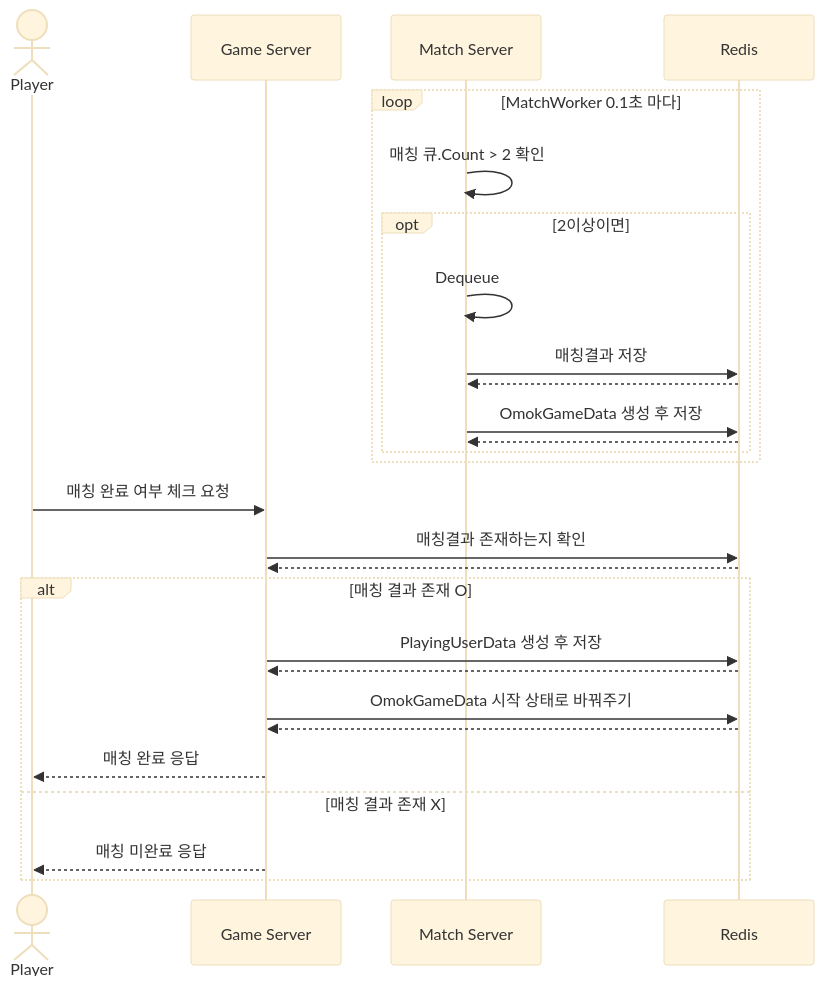
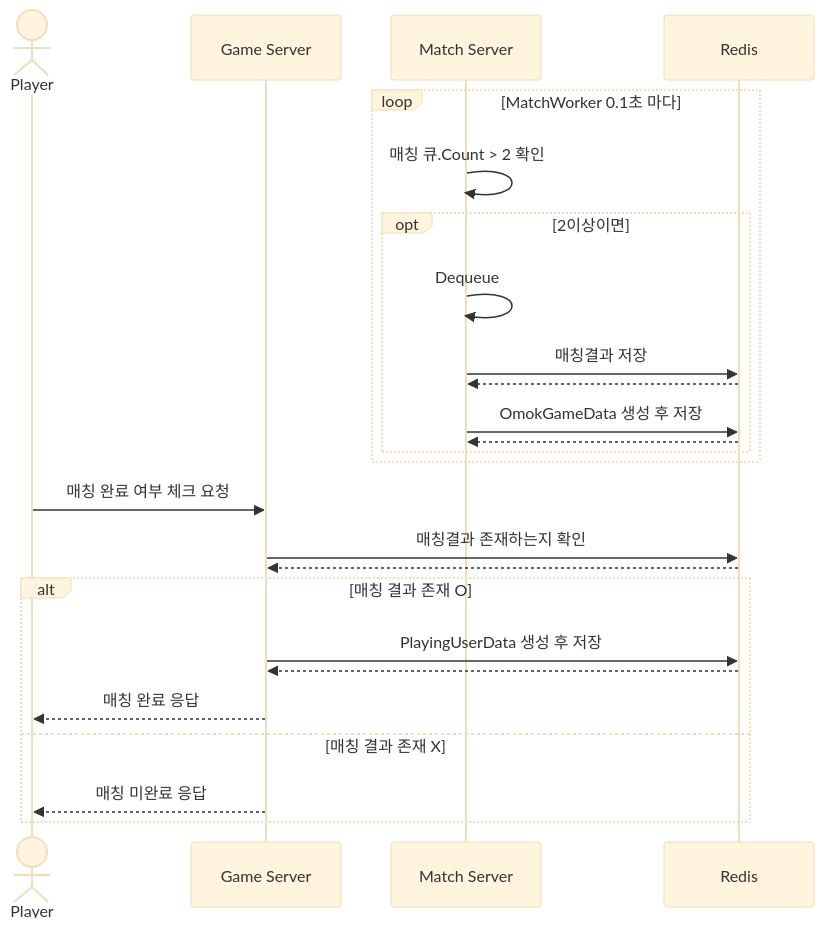
One commit to yujinS0/Omok-Game changed the second of 2 diagrams in SequenceDiagram/Match.md. Above: the diagram before and after it, drawn with Mermaid (base theme).

````diff
--- a/SequenceDiagram/Match.md
+++ b/SequenceDiagram/Match.md
@@ -30,34 +30,32 @@
 ```mermaid
 sequenceDiagram
 	actor P as Player
 	participant G as Game Server
 	participant M as Match Server
 	participant R as Redis
 
 	loop MatchWorker 0.1초 마다
 		M->>M: 매칭 큐.Count > 2 확인
 			opt 2이상이면
 				M->>M: Dequeue
 				M->>R: 매칭결과 저장
 				R-->>M: 
 				M->>R: OmokGameData 생성 후 저장
 				R-->>M: 
 			end
 	end
 
 	P->>G: 매칭 완료 여부 체크 요청
 	G->>R: 매칭결과 존재하는지 확인
 	R-->>G: 
 	alt 매칭 결과 존재 O
 		G->>R: PlayingUserData 생성 후 저장
 		R-->>G:  
-		G->>R: OmokGameData 시작 상태로 바꿔주기
-		R-->>G:  
 
 		G-->>P: 매칭 완료 응답
 	
 	else 매칭 결과 존재 X
 		G-->>P: 매칭 미완료 응답
 	end
 
 ```
````
